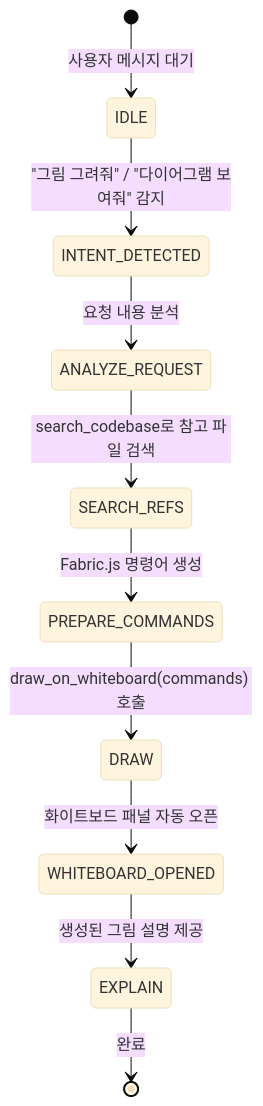
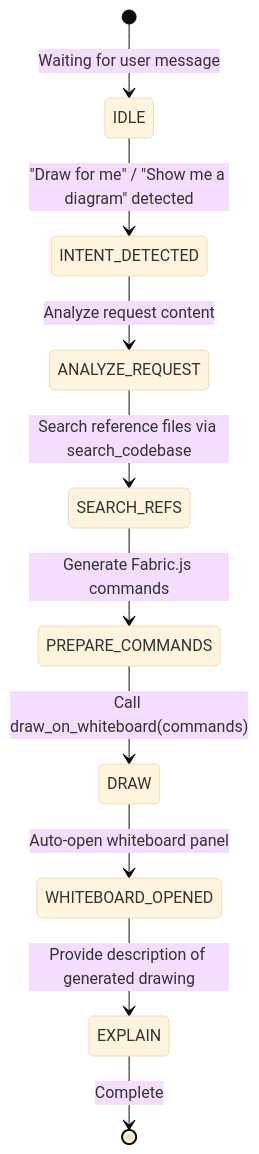
The third of 4 diagrams in plans/ux-workflow-design.md (myk1yt/VibeZoo), drawn with Mermaid (base theme) before and after one commit. The commit also changed other lines of this file and 17 other files, not shown here.

````diff
--- a/plans/ux-workflow-design.md
+++ b/plans/ux-workflow-design.md
@@ -215,12 +215,12 @@
 ```mermaid
 stateDiagram-v2
-    [*] --> IDLE: 사용자 메시지 대기
-    IDLE --> INTENT_DETECTED: "그림 그려줘" / "다이어그램 보여줘" 감지
-    INTENT_DETECTED --> ANALYZE_REQUEST: 요청 내용 분석
-    ANALYZE_REQUEST --> SEARCH_REFS: search_codebase로 참고 파일 검색
-    SEARCH_REFS --> PREPARE_COMMANDS: Fabric.js 명령어 생성
-    PREPARE_COMMANDS --> DRAW: draw_on_whiteboard(commands) 호출
-    DRAW --> WHITEBOARD_OPENED: 화이트보드 패널 자동 오픈
-    WHITEBOARD_OPENED --> EXPLAIN: 생성된 그림 설명 제공
-    EXPLAIN --> [*]: 완료
+    [*] --> IDLE: Waiting for user message
+    IDLE --> INTENT_DETECTED: "Draw for me" / "Show me a diagram" detected
+    INTENT_DETECTED --> ANALYZE_REQUEST: Analyze request content
+    ANALYZE_REQUEST --> SEARCH_REFS: Search reference files via search_codebase
+    SEARCH_REFS --> PREPARE_COMMANDS: Generate Fabric.js commands
+    PREPARE_COMMANDS --> DRAW: Call draw_on_whiteboard(commands)
+    DRAW --> WHITEBOARD_OPENED: Auto-open whiteboard panel
+    WHITEBOARD_OPENED --> EXPLAIN: Provide description of generated drawing
+    EXPLAIN --> [*]: Complete
 ```
````
